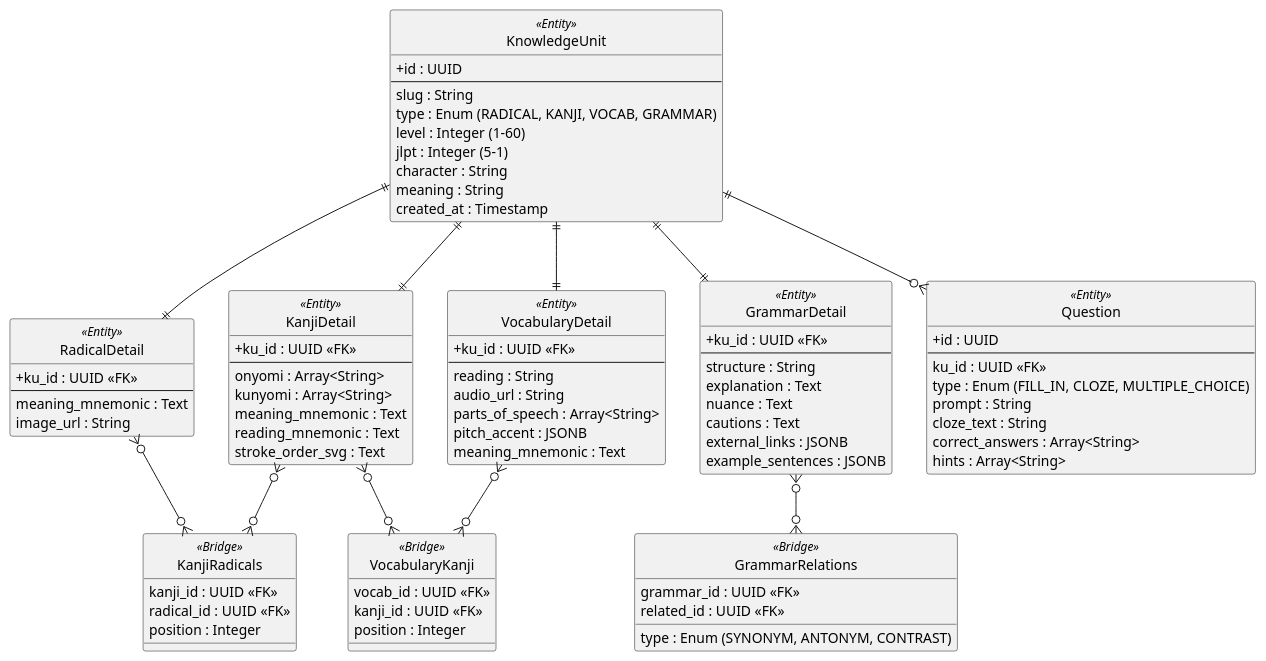
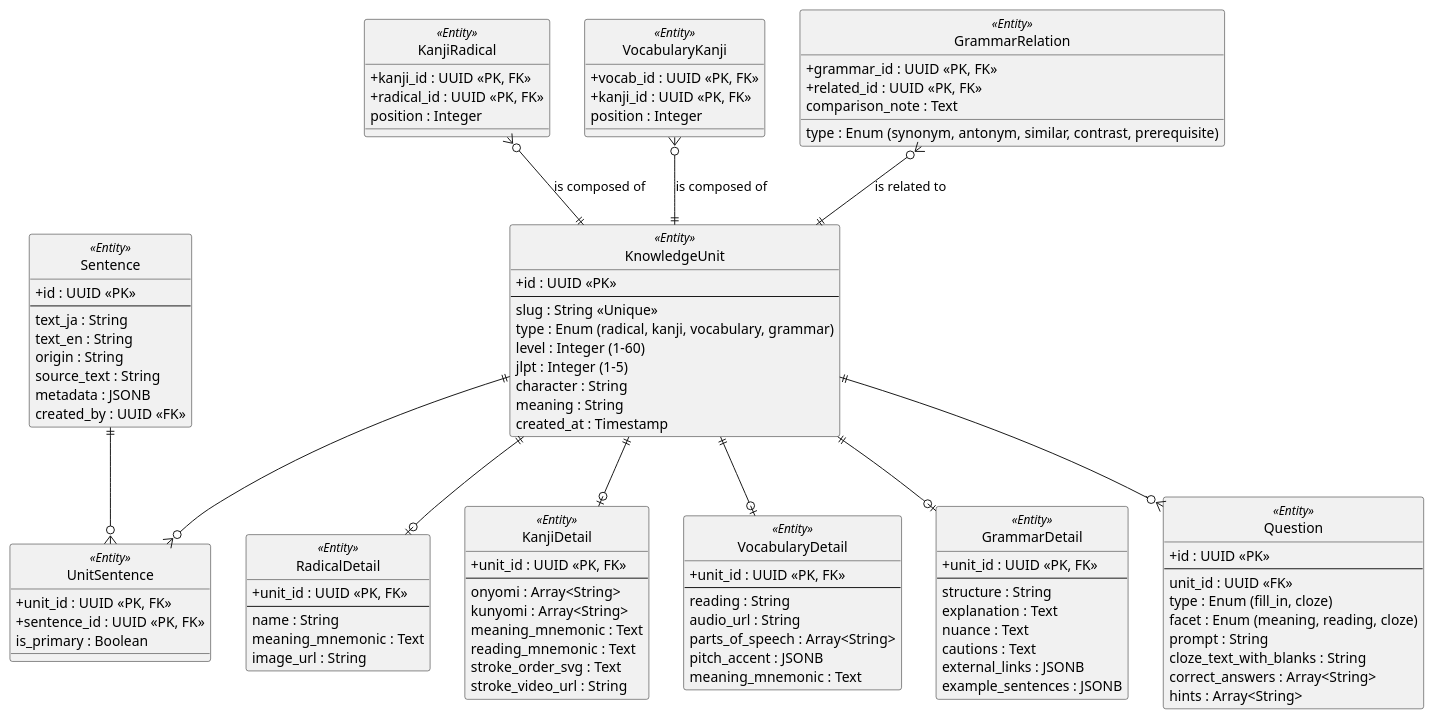
One commit to anhtranguyen-github/Hanachan changed the diagram in docs/er/content-er.md. Above: the diagram before and after it, drawn with PlantUML. The commit also changed other lines of this file and 41 other files, not shown here.

````diff
--- a/docs/er/content-er.md
+++ b/docs/er/content-er.md
@@ -10,12 +12,12 @@
 ' BASE ENTITY
 ' ==========================================
 class KnowledgeUnit <<Entity>> {
-  + id : UUID
+  + id : UUID <<PK>>
   --
-  slug : String
-  type : Enum (RADICAL, KANJI, VOCAB, GRAMMAR)
+  slug : String <<Unique>>
+  type : Enum (radical, kanji, vocabulary, grammar)
   level : Integer (1-60)
-  jlpt : Integer (5-1)
+  jlpt : Integer (1-5)
   character : String
   meaning : String
   created_at : Timestamp
@@ -25,24 +27,26 @@
 ' DETAIL ENTITIES (Extension-like 1:1)
 ' ==========================================
 class RadicalDetail <<Entity>> {
-  + ku_id : UUID <<FK>>
+  + unit_id : UUID <<PK, FK>>
   --
+  name : String
   meaning_mnemonic : Text
   image_url : String
 }
 
 class KanjiDetail <<Entity>> {
-  + ku_id : UUID <<FK>>
+  + unit_id : UUID <<PK, FK>>
   --
   onyomi : Array<String>
   kunyomi : Array<String>
   meaning_mnemonic : Text
   reading_mnemonic : Text
   stroke_order_svg : Text
+  stroke_video_url : String
 }
 
 class VocabularyDetail <<Entity>> {
-  + ku_id : UUID <<FK>>
+  + unit_id : UUID <<PK, FK>>
   --
   reading : String
   audio_url : String
@@ -52,7 +56,7 @@
 }
 
 class GrammarDetail <<Entity>> {
-  + ku_id : UUID <<FK>>
+  + unit_id : UUID <<PK, FK>>
   --
   structure : String
   explanation : Text
@@ -65,55 +69,75 @@
 ' ==========================================
 ' RELATIONSHIP (CROSS-REFERENCING)
 ' ==========================================
-class KanjiRadicals <<Bridge>> {
-  kanji_id : UUID <<FK>>
-  radical_id : UUID <<FK>>
+class KanjiRadical <<Entity>> {
+  + kanji_id : UUID <<PK, FK>>
+  + radical_id : UUID <<PK, FK>>
   position : Integer
 }
 
-class VocabularyKanji <<Bridge>> {
-  vocab_id : UUID <<FK>>
-  kanji_id : UUID <<FK>>
+class VocabularyKanji <<Entity>> {
+  + vocab_id : UUID <<PK, FK>>
+  + kanji_id : UUID <<PK, FK>>
   position : Integer
 }
 
-class GrammarRelations <<Bridge>> {
-  grammar_id : UUID <<FK>>
-  related_id : UUID <<FK>>
-  type : Enum (SYNONYM, ANTONYM, CONTRAST)
+class GrammarRelation <<Entity>> {
+  + grammar_id : UUID <<PK, FK>>
+  + related_id : UUID <<PK, FK>>
+  type : Enum (synonym, antonym, similar, contrast, prerequisite)
+  comparison_note : Text
+}
+
+' ==========================================
+' QUESTION DOMAIN
+' ==========================================
+class Question <<Entity>> {
+  + id : UUID <<PK>>
+  --
+  unit_id : UUID <<FK>>
+  type : Enum (fill_in, cloze)
+  facet : Enum (meaning, reading, cloze)
+  prompt : String
+  cloze_text_with_blanks : String
+  correct_answers : Array<String>
+  hints : Array<String>
+}
+
+' ==========================================
+' SENTENCE DOMAIN
+' ==========================================
+class Sentence <<Entity>> {
+  + id : UUID <<PK>>
+  --
+  text_ja : String
+  text_en : String
+  origin : String
+  source_text : String
+  metadata : JSONB
+  created_by : UUID <<FK>>
+}
+
+class UnitSentence <<Entity>> {
+  + unit_id : UUID <<PK, FK>>
+  + sentence_id : UUID <<PK, FK>>
+  is_primary : Boolean
 }
 
 ' ==========================================
 ' CONNECTIONS
 ' ==========================================
-KnowledgeUnit ||--|| RadicalDetail
-KnowledgeUnit ||--|| KanjiDetail
-KnowledgeUnit ||--|| VocabularyDetail
-KnowledgeUnit ||--|| GrammarDetail
+KnowledgeUnit ||--o| RadicalDetail
+KnowledgeUnit ||--o| KanjiDetail
+KnowledgeUnit ||--o| VocabularyDetail
+KnowledgeUnit ||--o| GrammarDetail
+KnowledgeUnit ||--o{ Question
+KnowledgeUnit ||--o{ UnitSentence
+Sentence ||--o{ UnitSentence
 
-KanjiDetail }o--o{ KanjiRadicals
-RadicalDetail }o--o{ KanjiRadicals
-
-VocabularyDetail }o--o{ VocabularyKanji
-KanjiDetail }o--o{ VocabularyKanji
-
-GrammarDetail }o--o{ GrammarRelations
-
-' ==========================================
-' QUESTION LINK (Transition to Learning)
-' ==========================================
-class Question <<Entity>> {
-  + id : UUID
-  --
-  ku_id : UUID <<FK>>
-  type : Enum (FILL_IN, CLOZE, MULTIPLE_CHOICE)
-  prompt : String
-  cloze_text : String
-  correct_answers : Array<String>
-  hints : Array<String>
-}
-
-KnowledgeUnit ||--o{ Question
+' Cross-Refs
+KanjiRadical }o--|| KnowledgeUnit : "is composed of"
+VocabularyKanji }o--|| KnowledgeUnit : "is composed of"
+GrammarRelation }o--|| KnowledgeUnit : "is related to"
 
 @enduml
 ```
````
